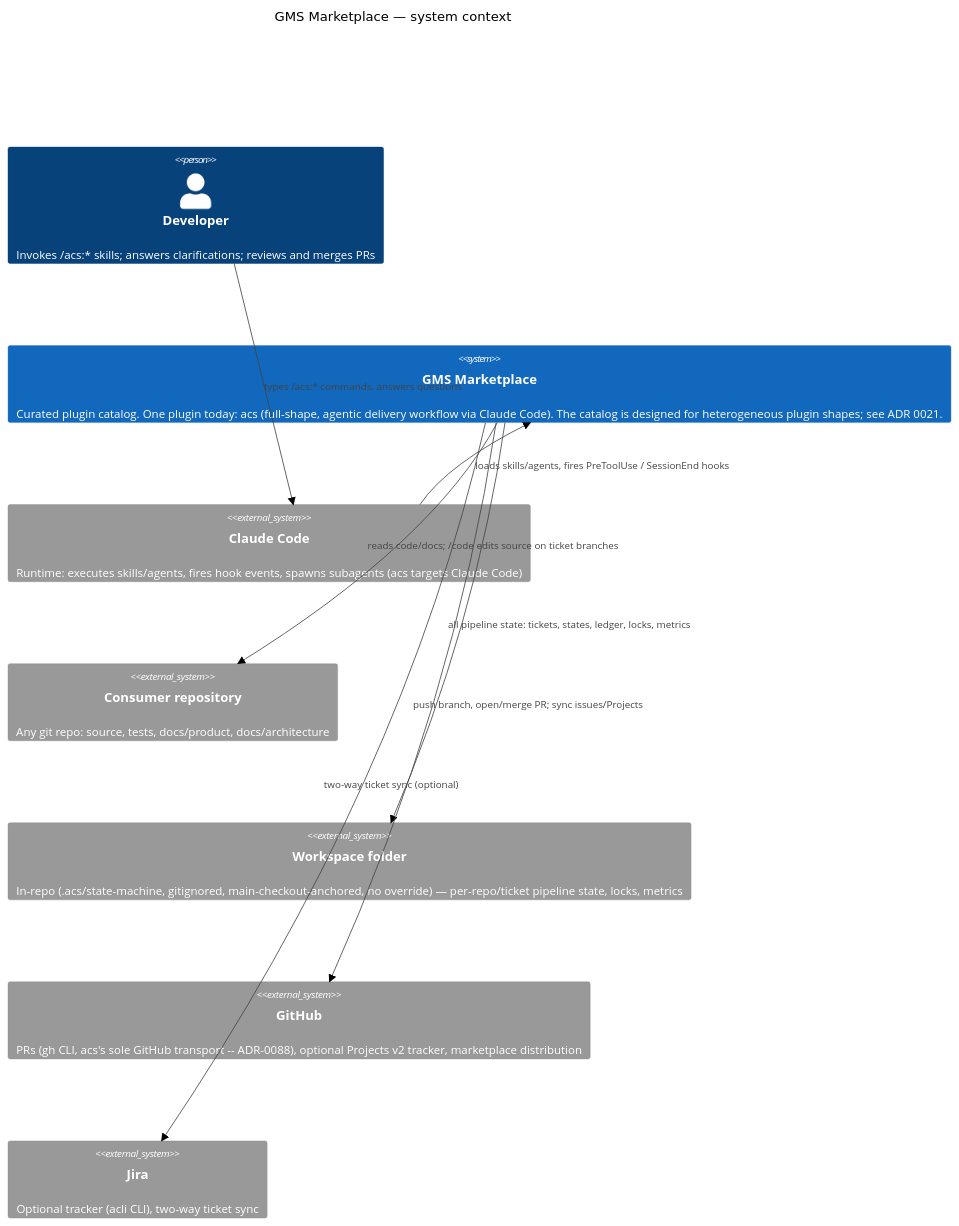
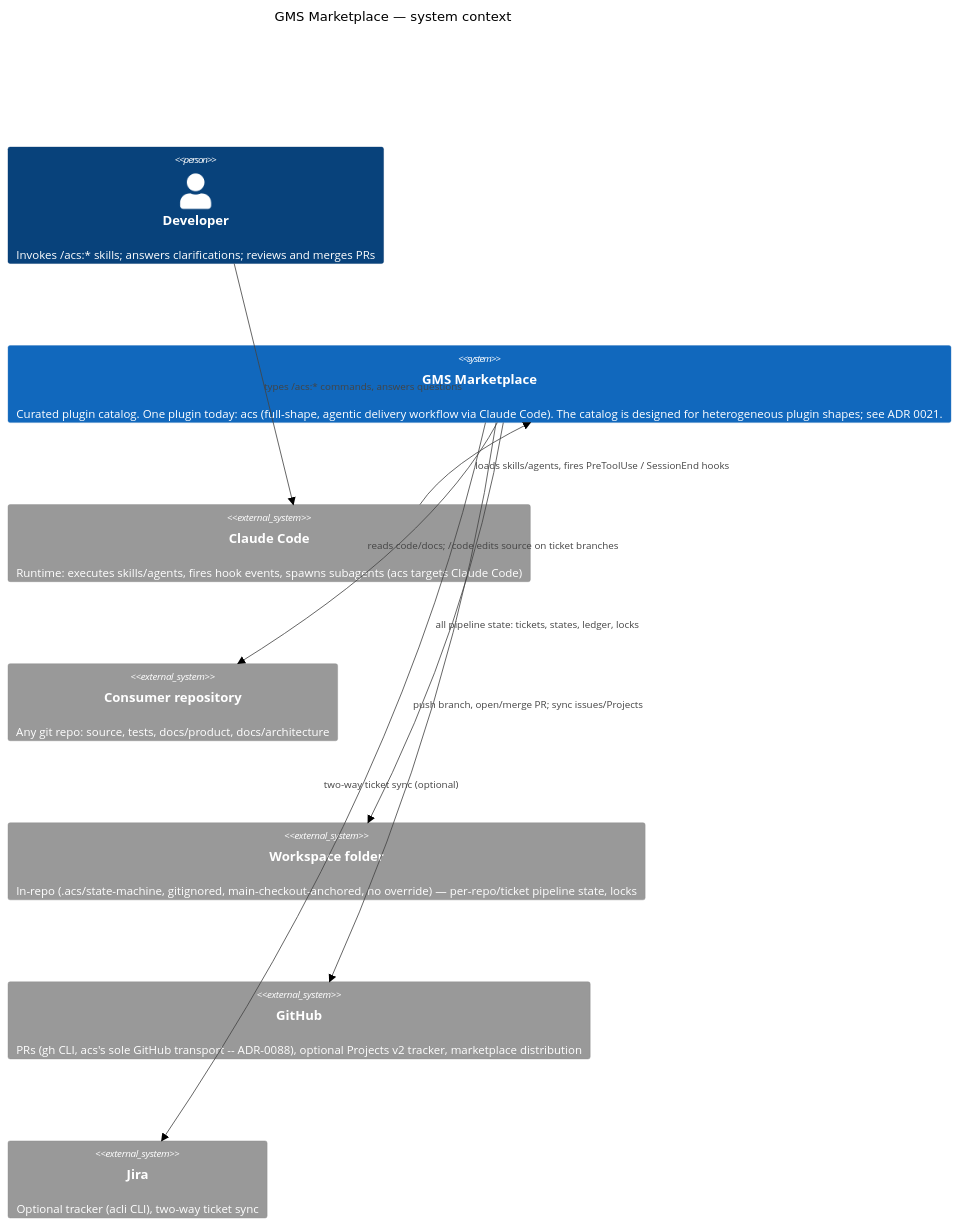
The diagram in docs/architecture/hld/c4-context.md (globalmindsolution/gms-marketplace), drawn with Mermaid (forest theme) before and after one commit. The commit also changed 163 other files, not shown here.

First line of the commit message:
MAR-592 Remove /acs:metrics, /acs:usage and the usage recording they read

````diff
--- a/docs/architecture/hld/c4-context.md
+++ b/docs/architecture/hld/c4-context.md
@@ -3,21 +3,21 @@
 ```mermaid
 C4Context
     title GMS Marketplace — system context
 
     Person(dev, "Developer", "Invokes /acs:* skills; answers clarifications; reviews and merges PRs")
 
     System(mkt, "GMS Marketplace", "Curated plugin catalog. One plugin today: acs (full-shape, agentic delivery workflow via Claude Code). The catalog is designed for heterogeneous plugin shapes; see ADR 0021.")
 
     System_Ext(cc, "Claude Code", "Runtime: executes skills/agents, fires hook events, spawns subagents (acs targets Claude Code)")
     System_Ext(repo, "Consumer repository", "Any git repo: source, tests, docs/product, docs/architecture")
-    System_Ext(ws, "Workspace folder", "In-repo (.acs/state-machine, gitignored, main-checkout-anchored, no override) — per-repo/ticket pipeline state, locks, metrics")
+    System_Ext(ws, "Workspace folder", "In-repo (.acs/state-machine, gitignored, main-checkout-anchored, no override) — per-repo/ticket pipeline state, locks")
     System_Ext(gh, "GitHub", "PRs (gh CLI, acs's sole GitHub transport -- ADR-0088), optional Projects v2 tracker, marketplace distribution")
     System_Ext(jira, "Jira", "Optional tracker (acli CLI), two-way ticket sync")
 
     Rel(dev, cc, "types /acs:* commands, answers questions")
     Rel(cc, mkt, "loads skills/agents, fires PreToolUse / SessionEnd hooks")
     Rel(mkt, repo, "reads code/docs; /code edits source on ticket branches")
-    Rel(mkt, ws, "all pipeline state: tickets, states, ledger, locks, metrics")
+    Rel(mkt, ws, "all pipeline state: tickets, states, ledger, locks")
     Rel(mkt, gh, "push branch, open/merge PR; sync issues/Projects")
     Rel(mkt, jira, "two-way ticket sync (optional)")
 ```
````
